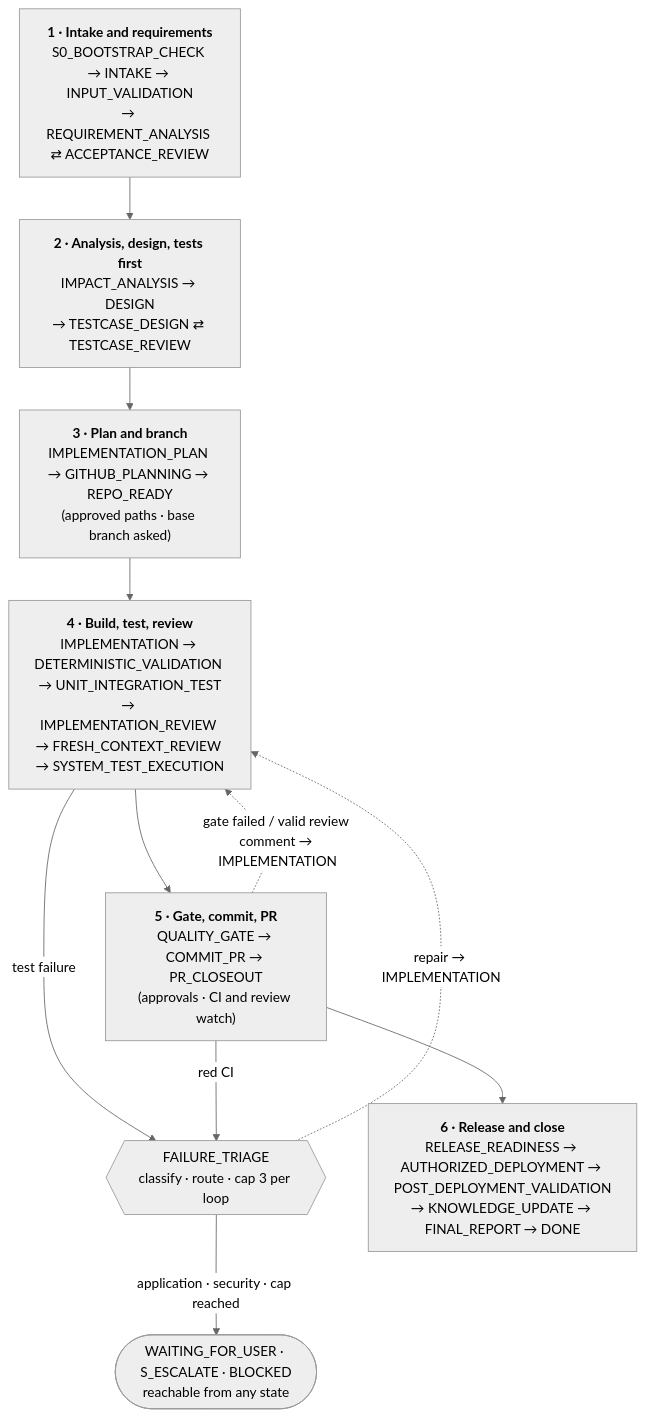
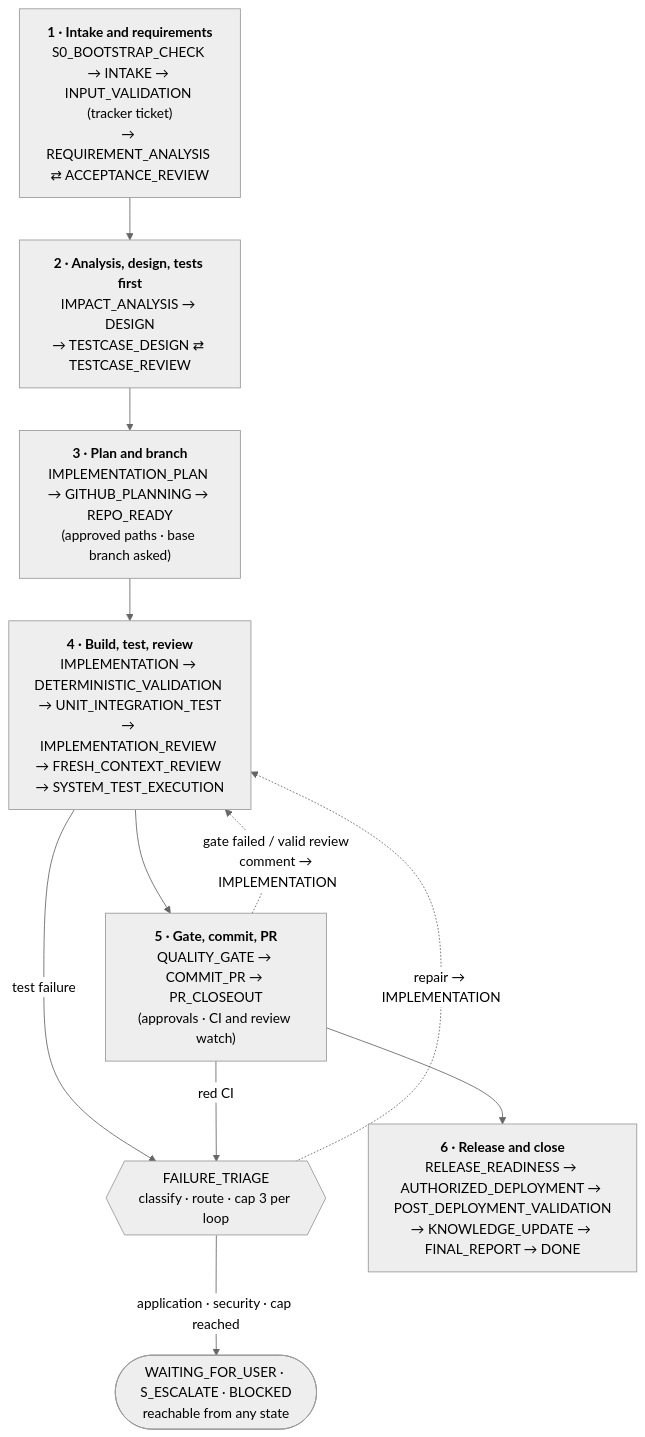
One commit to mohanachandran-s/mosip-labs changed the fourth of 9 diagrams in crewline/README.md. Above: the diagram before and after it, drawn with Mermaid (neutral theme). The commit also changed other lines of this file and 28 other files, not shown here.

First line of the commit message:
crewline: tracker ticket before design or code; PR title prefixed with its key (0.7.1)

````diff
--- a/crewline/README.md
+++ b/crewline/README.md
@@ -362,18 +362,18 @@
 ```mermaid
 flowchart TB
-    P1["<b>1 · Intake and requirements</b><br/>S0_BOOTSTRAP_CHECK → INTAKE → INPUT_VALIDATION<br/>→ REQUIREMENT_ANALYSIS ⇄ ACCEPTANCE_REVIEW"]
+    P1["<b>1 · Intake and requirements</b><br/>S0_BOOTSTRAP_CHECK → INTAKE → INPUT_VALIDATION (tracker ticket)<br/>→ REQUIREMENT_ANALYSIS ⇄ ACCEPTANCE_REVIEW"]
     P2["<b>2 · Analysis, design, tests first</b><br/>IMPACT_ANALYSIS → DESIGN<br/>→ TESTCASE_DESIGN ⇄ TESTCASE_REVIEW"]
     P3["<b>3 · Plan and branch</b><br/>IMPLEMENTATION_PLAN → GITHUB_PLANNING → REPO_READY<br/>(approved paths · base branch asked)"]
     P4["<b>4 · Build, test, review</b><br/>IMPLEMENTATION → DETERMINISTIC_VALIDATION → UNIT_INTEGRATION_TEST<br/>→ IMPLEMENTATION_REVIEW → FRESH_CONTEXT_REVIEW → SYSTEM_TEST_EXECUTION"]
     FT{{"FAILURE_TRIAGE<br/>classify · route · cap 3 per loop"}}
     P5["<b>5 · Gate, commit, PR</b><br/>QUALITY_GATE → COMMIT_PR → PR_CLOSEOUT<br/>(approvals · CI and review watch)"]
     P6["<b>6 · Release and close</b><br/>RELEASE_READINESS → AUTHORIZED_DEPLOYMENT → POST_DEPLOYMENT_VALIDATION<br/>→ KNOWLEDGE_UPDATE → FINAL_REPORT → DONE"]
     ESC(["WAITING_FOR_USER · S_ESCALATE · BLOCKED<br/>reachable from any state"])
 
     P1 --> P2 --> P3 --> P4 --> P5 --> P6
     P4 -->|"test failure"| FT
     P5 -->|"red CI"| FT
     FT -.->|"repair → IMPLEMENTATION"| P4
     P5 -.->|"gate failed / valid review comment → IMPLEMENTATION"| P4
     FT -->|"application · security · cap reached"| ESC
 ```
````
